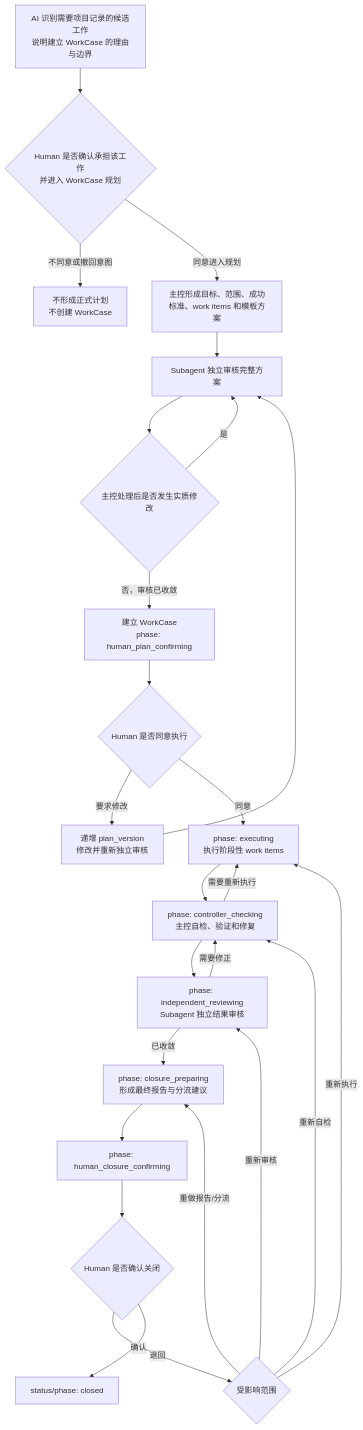
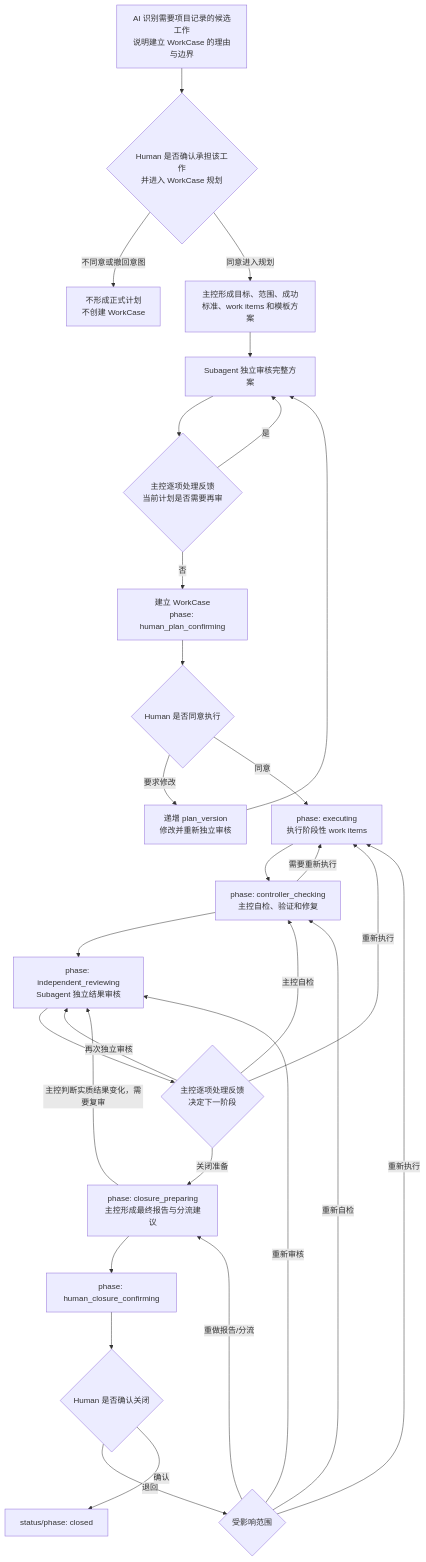
One commit to dingminhua/ld-vibe-harness changed the diagram in specs/21-WorkCase-工作项.md. Above: the diagram before and after it, drawn with Mermaid. The commit also changed other lines of this file and 29 other files, not shown here.

First line of the commit message:
feat: 对齐 Working Tree 来源与 WorkCase 生命周期

````diff
--- a/specs/21-WorkCase-工作项.md
+++ b/specs/21-WorkCase-工作项.md
@@ -222,27 +222,31 @@
 ```mermaid
 flowchart TD
     S["AI 识别需要项目记录的候选工作<br/>说明建立 WorkCase 的理由与边界"] --> T{"Human 是否确认承担该工作<br/>并进入 WorkCase 规划"}
     T -- "不同意或撤回意图" --> U["不形成正式计划<br/>不创建 WorkCase"]
     T -- "同意进入规划" --> A["主控形成目标、范围、成功标准、work items 和模板方案"]
     A --> B["Subagent 独立审核完整方案"]
-    B --> C{"主控处理后是否发生实质修改"}
+    B --> C{"主控逐项处理反馈<br/>当前计划是否需要再审"}
     C -- "是" --> B
-    C -- "否，审核已收敛" --> D["建立 WorkCase<br/>phase: human_plan_confirming"]
+    C -- "否" --> D["建立 WorkCase<br/>phase: human_plan_confirming"]
     D --> E{"Human 是否同意执行"}
     E -- "要求修改" --> F["递增 plan_version<br/>修改并重新独立审核"]
     F --> B
     E -- "同意" --> H["phase: executing<br/>执行阶段性 work items"]
     H --> I["phase: controller_checking<br/>主控自检、验证和修复"]
     I -- "需要重新执行" --> H
     I --> J["phase: independent_reviewing<br/>Subagent 独立结果审核"]
-    J -- "需要修正" --> I
-    J -- "已收敛" --> K["phase: closure_preparing<br/>形成最终报告与分流建议"]
+    J --> Q{"主控逐项处理反馈<br/>决定下一阶段"}
+    Q -- "重新执行" --> H
+    Q -- "主控自检" --> I
+    Q -- "再次独立审核" --> J
+    Q -- "关闭准备" --> K["phase: closure_preparing<br/>主控形成最终报告与分流建议"]
+    K -- "主控判断实质结果变化，需要复审" --> J
     K --> M["phase: human_closure_confirming"]
     M --> N{"Human 是否确认关闭"}
     N -- "退回" --> P{"受影响范围"}
     P -- "重新执行" --> H
     P -- "重新自检" --> I
     P -- "重新审核" --> J
     P -- "重做报告/分流" --> K
     N -- "确认" --> O["status/phase: closed"]
 ```
````
